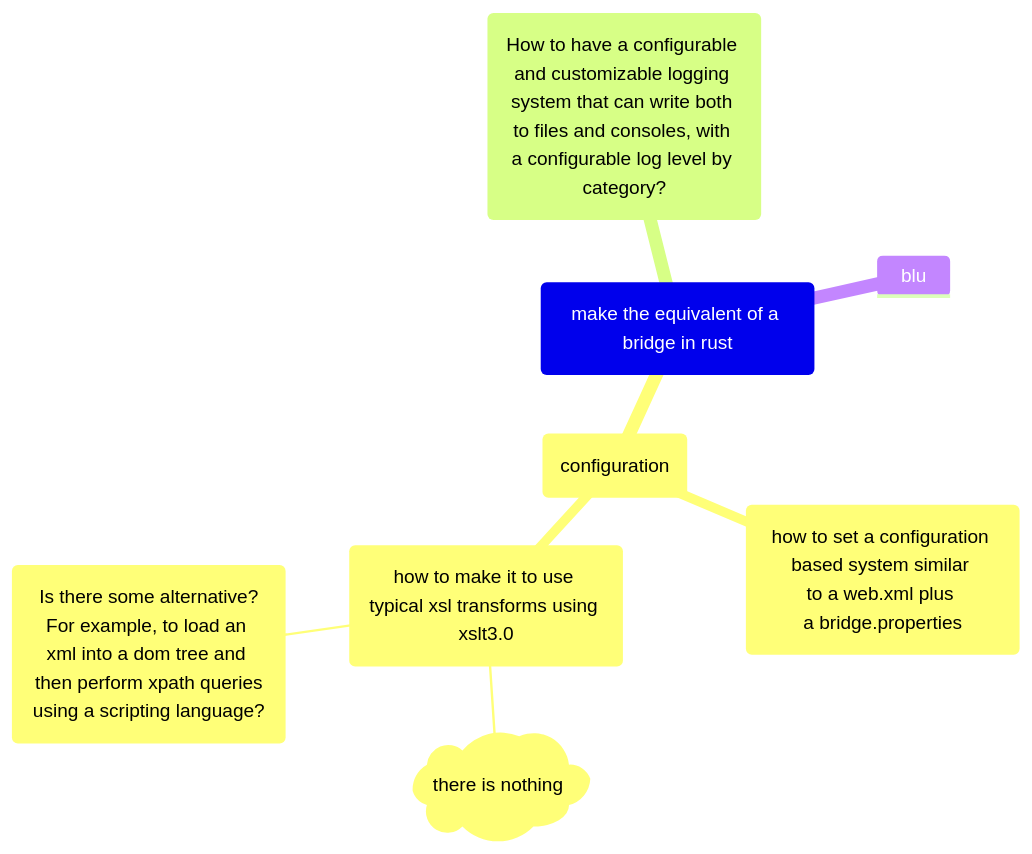
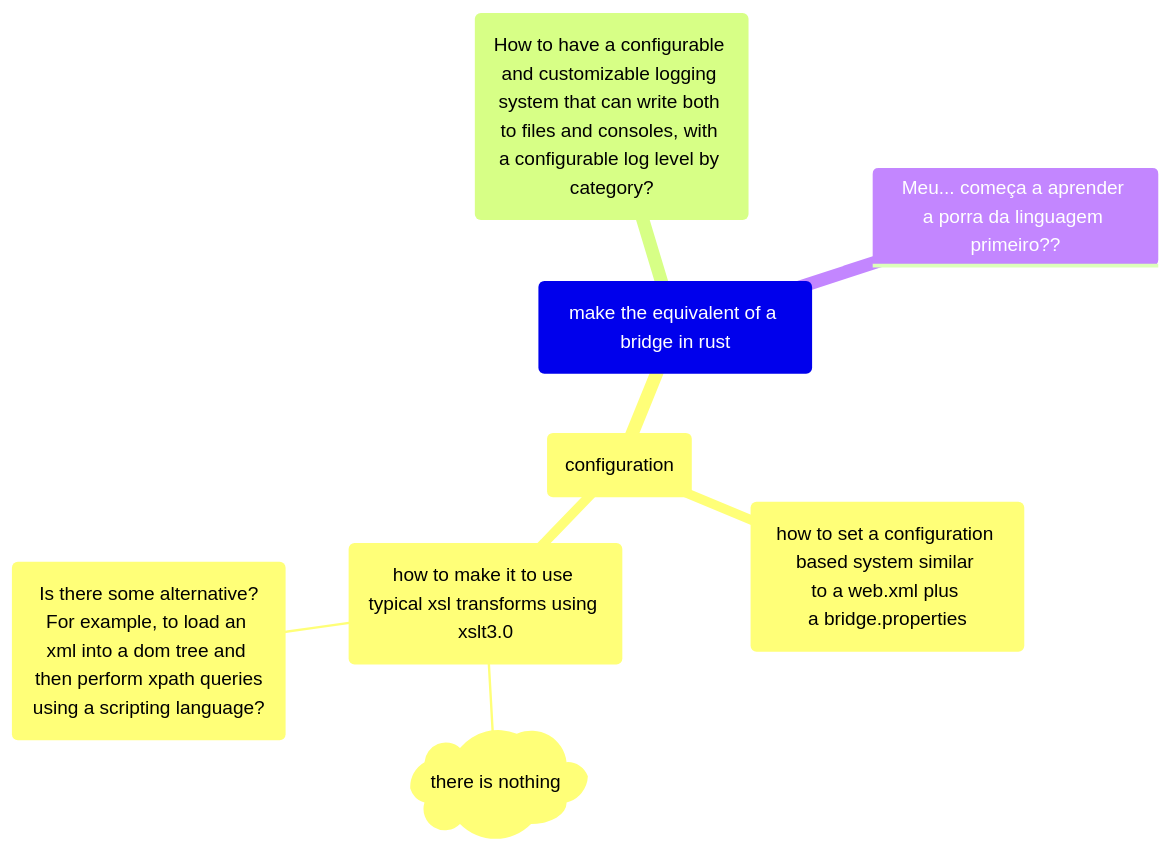
One commit to abmpicoli/my_rust_journal changed the diagram in docs/chapter_01-03-hello-cargo.md. Above: the diagram before and after it, drawn with Mermaid. The commit also changed other lines of this file and 4 other files, not shown here.

````diff
--- a/docs/chapter_01-03-hello-cargo.md
+++ b/docs/chapter_01-03-hello-cargo.md
@@ -1,18 +7,17 @@
 ```mermaid
 mindmap main("make the equivalent of a bridge in rust")
   config(configuration)
     bla("
 how to set a configuration based system similar 
 to a web.xml plus 
 a bridge.properties")
     ble("how to make it to use typical xsl transforms using xslt3.0")
         )there is nothing(
         alt(Is there some alternative?
         For example, to load an xml into a dom tree and then perform xpath queries
         using a scripting language?
         )
   logging("How to have a configurable and customizable logging system that can write both 
   to files and consoles, with a configurable log level by category?")
-  blu
-
+  Meu... começa a aprender a porra da linguagem primeiro??
 ```
````
